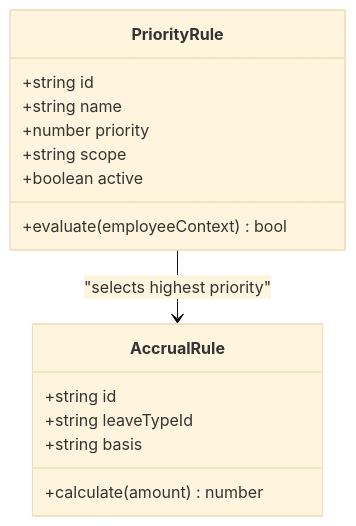
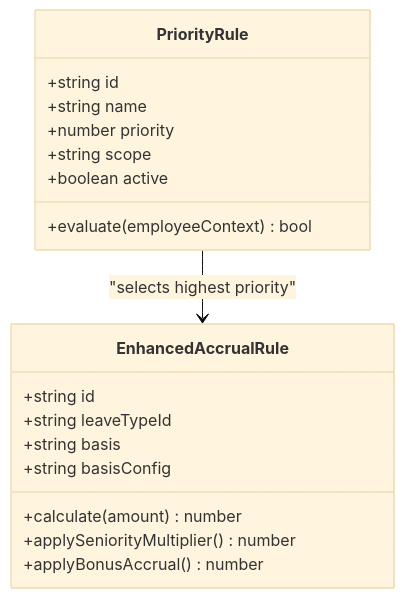
Before and after one commit to EdwinCycling/LiquidHR: the fourth of 10 diagrams in .qoder/repowiki/en/content/Advanced Features/Leave Management/Accrual Engine.md, drawn with Mermaid (base theme). The commit also changed other lines of this file and 120 other files, not shown here.

````diff
--- a/.qoder/repowiki/en/content/Advanced Features/Leave Management/Accrual Engine.md
+++ b/.qoder/repowiki/en/content/Advanced Features/Leave Management/Accrual Engine.md
@@ -242,18 +274,21 @@
 ```mermaid
 classDiagram
 class PriorityRule {
 +string id
 +string name
 +number priority
 +string scope
 +boolean active
 +evaluate(employeeContext) bool
 }
-class AccrualRule {
+class EnhancedAccrualRule {
 +string id
 +string leaveTypeId
 +string basis
++string basisConfig
 +calculate(amount) number
++applySeniorityMultiplier() number
++applyBonusAccrual() number
 }
-PriorityRule --> AccrualRule : "selects highest priority"
+PriorityRule --> EnhancedAccrualRule : "selects highest priority"
 ```
````
